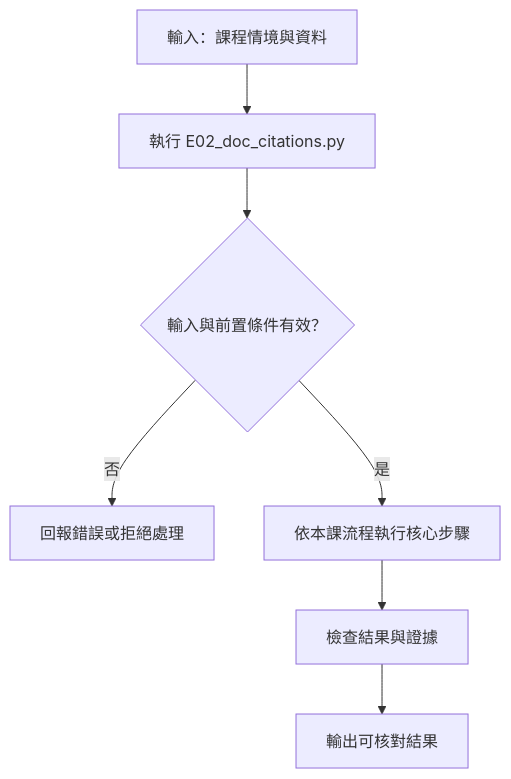
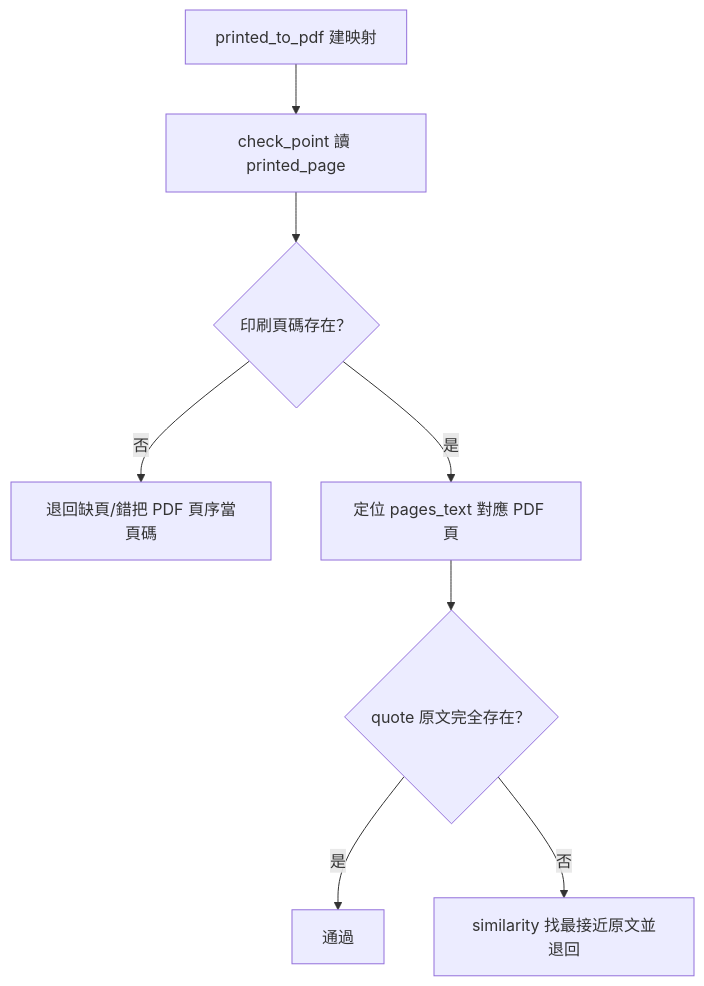
The third of 5 diagrams in E02-doc-citations.md (4-learn/LLM-demo), drawn with Mermaid before and after one commit. The commit also changed other lines of this file and 66 other files, not shown here.

Commit message:
[pm] docs: expand lesson diagrams and fix course mapping (#17)

````diff
--- a/E02-doc-citations.md
+++ b/E02-doc-citations.md
@@ -10,9 +77,10 @@
 ```mermaid
 flowchart TD
-    A[輸入：課程情境與資料] --> B[執行 E02_doc_citations.py]
-    B --> C{輸入與前置條件有效？}
-    C -- 否 --> D[回報錯誤或拒絕處理]
-    C -- 是 --> E[依本課流程執行核心步驟]
-    E --> F[檢查結果與證據]
-    F --> G[輸出可核對結果]
+    A[printed_to_pdf 建映射] --> B[check_point 讀 printed_page]
+    B --> C{印刷頁碼存在？}
+    C -- 否 --> D[退回缺頁/錯把 PDF 頁序當頁碼]
+    C -- 是 --> E[定位 pages_text 對應 PDF 頁]
+    E --> F{quote 原文完全存在？}
+    F -- 是 --> G[通過]
+    F -- 否 --> H[similarity 找最接近原文並退回]
 ```
````
